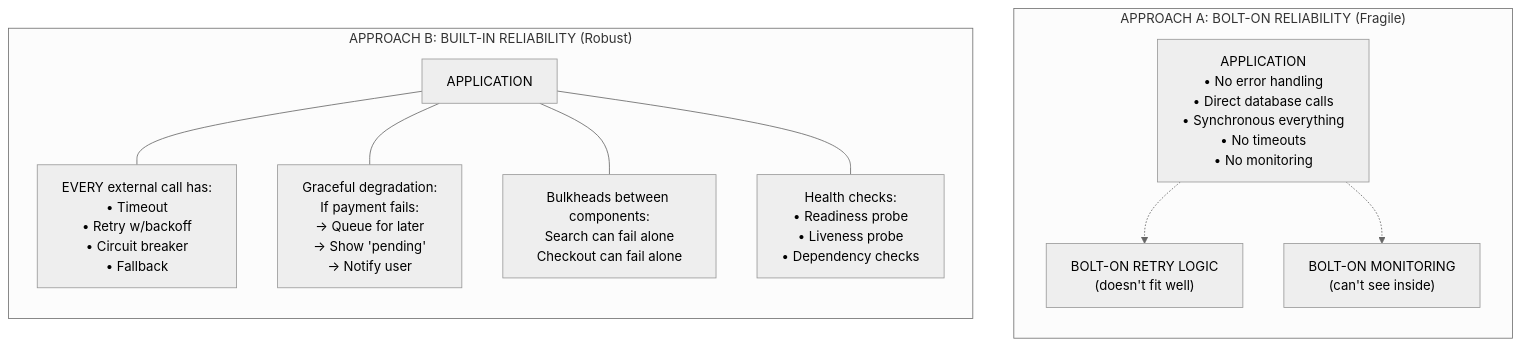
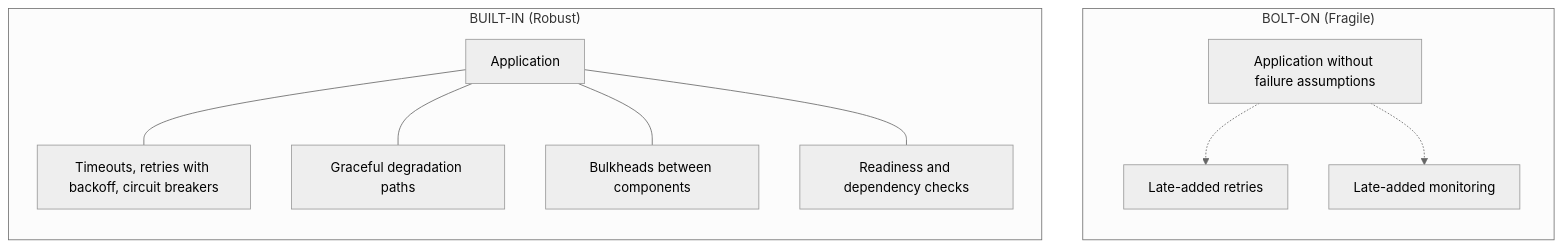
Before and after one commit to kube-dojo/kube-dojo: the ninth of 9 diagrams in src/content/docs/platform/foundations/reliability-engineering/module-2.1-what-is-reliability.md, drawn with Mermaid (neutral theme). The commit also changed other lines of this file and 4 other files, not shown here.

````diff
--- a/src/content/docs/platform/foundations/reliability-engineering/module-2.1-what-is-reliability.md
+++ b/src/content/docs/platform/foundations/reliability-engineering/module-2.1-what-is-reliability.md
@@ -802,19 +366,18 @@
 ```mermaid
 flowchart TD
-    subgraph Approach_A ["APPROACH A: BOLT-ON RELIABILITY (Fragile)"]
+    subgraph Approach_A ["BOLT-ON (Fragile)"]
         direction TB
-        A_APP["APPLICATION<br/>• No error handling<br/>• Direct database calls<br/>• Synchronous everything<br/>• No timeouts<br/>• No monitoring"]
-        A_APP -.-> A_RETRY["BOLT-ON RETRY LOGIC<br/>(doesn't fit well)"]
-        A_APP -.-> A_MONITOR["BOLT-ON MONITORING<br/>(can't see inside)"]
+        A_APP["Application without failure assumptions"]
+        A_APP -.-> A_RETRY["Late-added retries"]
+        A_APP -.-> A_MON["Late-added monitoring"]
     end
 
-    subgraph Approach_B ["APPROACH B: BUILT-IN RELIABILITY (Robust)"]
+    subgraph Approach_B ["BUILT-IN (Robust)"]
         direction TB
-        B_APP["APPLICATION"]
-        
-        B_APP --- B_EXT["EVERY external call has:<br/>• Timeout<br/>• Retry w/backoff<br/>• Circuit breaker<br/>• Fallback"]
-        B_APP --- B_DEG["Graceful degradation:<br/>If payment fails:<br/>→ Queue for later<br/>→ Show 'pending'<br/>→ Notify user"]
-        B_APP --- B_BULK["Bulkheads between components:<br/>Search can fail alone<br/>Checkout can fail alone"]
-        B_APP --- B_HEALTH["Health checks:<br/>• Readiness probe<br/>• Liveness probe<br/>• Dependency checks"]
+        B_APP["Application"]
+        B_APP --- B_EXT["Timeouts, retries with backoff, circuit breakers"]
+        B_APP --- B_DEG["Graceful degradation paths"]
+        B_APP --- B_BULK["Bulkheads between components"]
+        B_APP --- B_HEALTH["Readiness and dependency checks"]
     end
 ```
````
